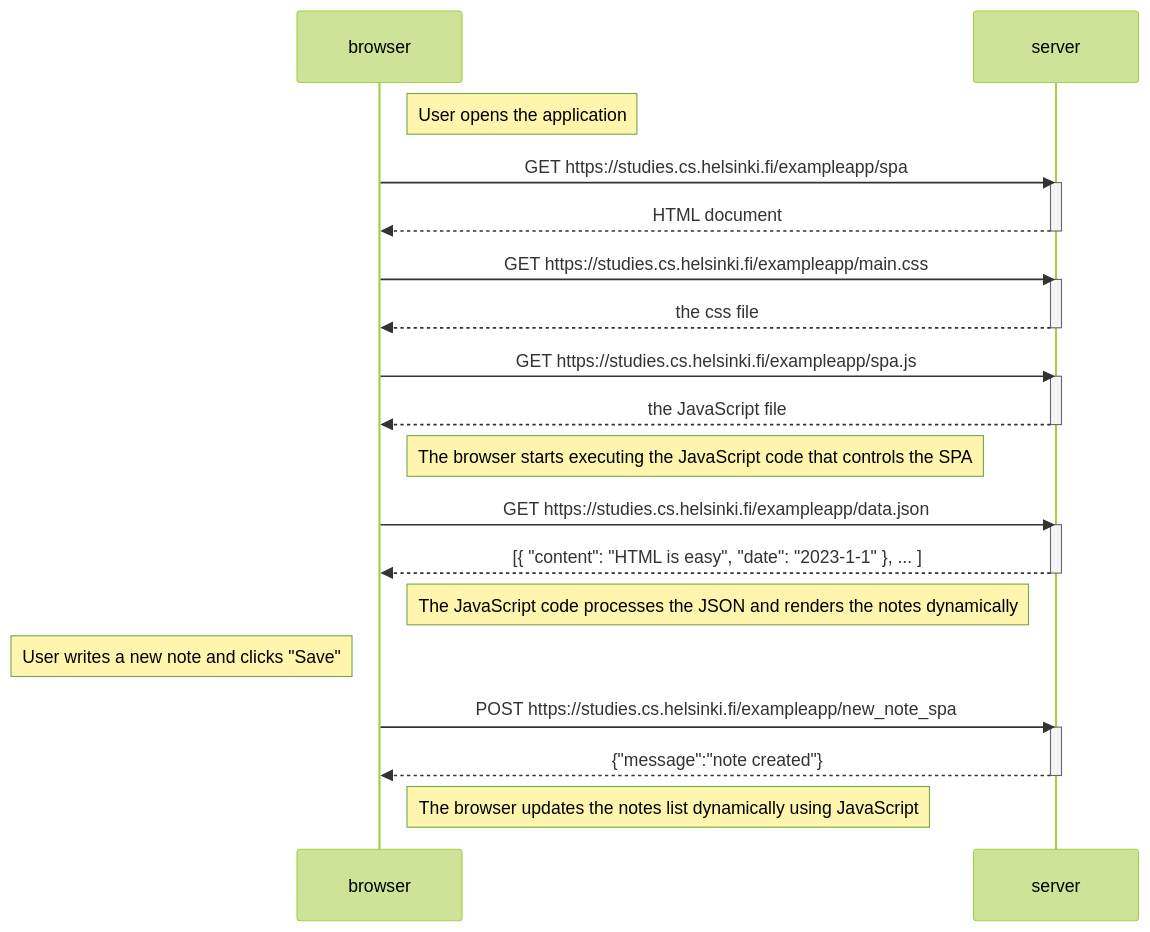
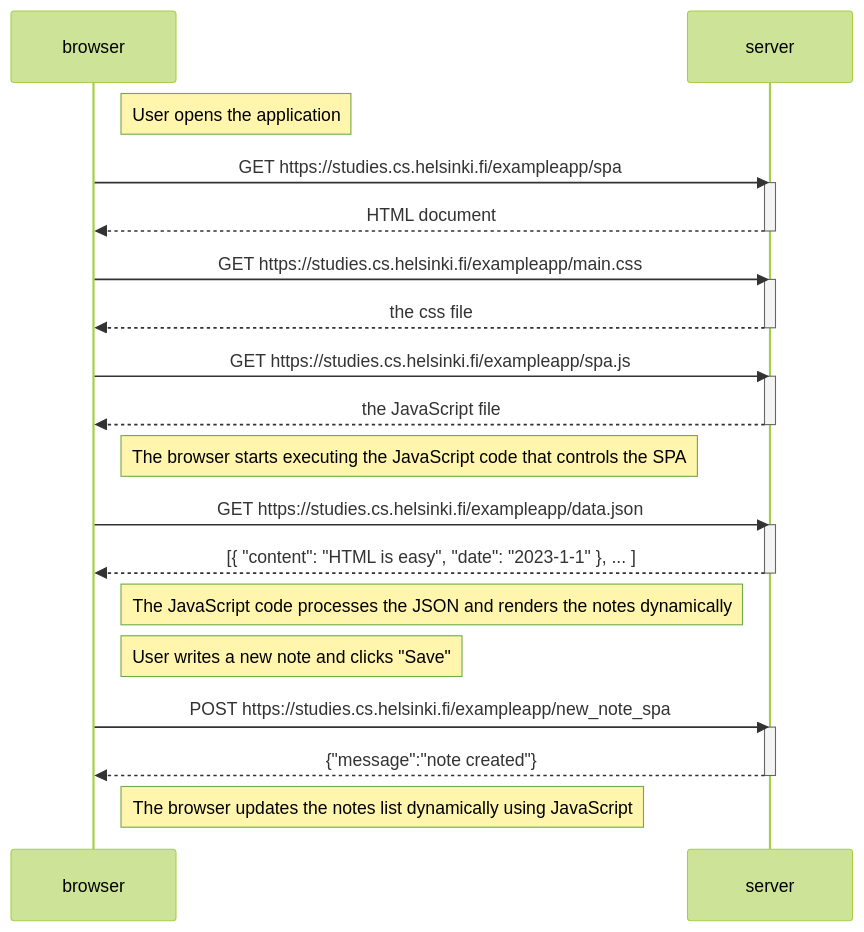
Before and after one commit to Eeppa12/Fullstackopen: the diagram in Part 0/06.mmd, drawn with Mermaid (forest theme).

```diff
--- a/Part 0/06.mmd
+++ b/Part 0/06.mmd
@@ -1,38 +1,38 @@
 sequenceDiagram
     participant browser
     participant server
 
     Note right of browser: User opens the application
 
     browser->>server: GET https://studies.cs.helsinki.fi/exampleapp/spa
     activate server
     server-->>browser: HTML document
     deactivate server
 
     browser->>server: GET https://studies.cs.helsinki.fi/exampleapp/main.css
     activate server
     server-->>browser: the css file
     deactivate server
 
     browser->>server: GET https://studies.cs.helsinki.fi/exampleapp/spa.js
     activate server
     server-->>browser: the JavaScript file
     deactivate server
 
     Note right of browser: The browser starts executing the JavaScript code that controls the SPA
 
     browser->>server: GET https://studies.cs.helsinki.fi/exampleapp/data.json
     activate server
     server-->>browser: [{ "content": "HTML is easy", "date": "2023-1-1" }, ... ]
     deactivate server
 
     Note right of browser: The JavaScript code processes the JSON and renders the notes dynamically
 
-    Note left of browser: User writes a new note and clicks "Save"
+    Note right of browser: User writes a new note and clicks "Save"
 
     browser->>server: POST https://studies.cs.helsinki.fi/exampleapp/new_note_spa
     activate server
     server-->>browser: {"message":"note created"}
     deactivate server
 
     Note right of browser: The browser updates the notes list dynamically using JavaScript
```
